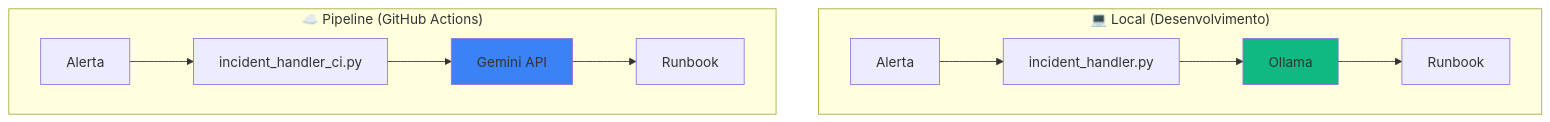
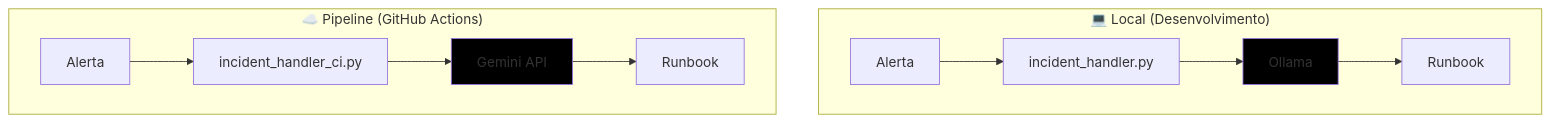
The fourth of 5 diagrams in VIDEO-7.3-PASSO-A-PASSO-v3.md (josenetoo/fiap-dclt-aula07), drawn with Mermaid before and after one commit. The commit also changed other lines of this file and 5 other files, not shown here.

````diff
--- a/VIDEO-7.3-PASSO-A-PASSO-v3.md
+++ b/VIDEO-7.3-PASSO-A-PASSO-v3.md
@@ -460,17 +460,17 @@
 ```mermaid
 graph TB
     subgraph "💻 Local (Desenvolvimento)"
         A1[Alerta] --> B1[incident_handler.py]
         B1 --> C1[Ollama]
         C1 --> D1[Runbook]
     end
     
     subgraph "☁️ Pipeline (GitHub Actions)"
         A2[Alerta] --> B2[incident_handler_ci.py]
         B2 --> C2[Gemini API]
         C2 --> D2[Runbook]
     end
     
-    style C1 fill:#10b981
-    style C2 fill:#3b82f6
+    style C1 fill:#000000
+    style C2 fill:#000000
 ```
````
